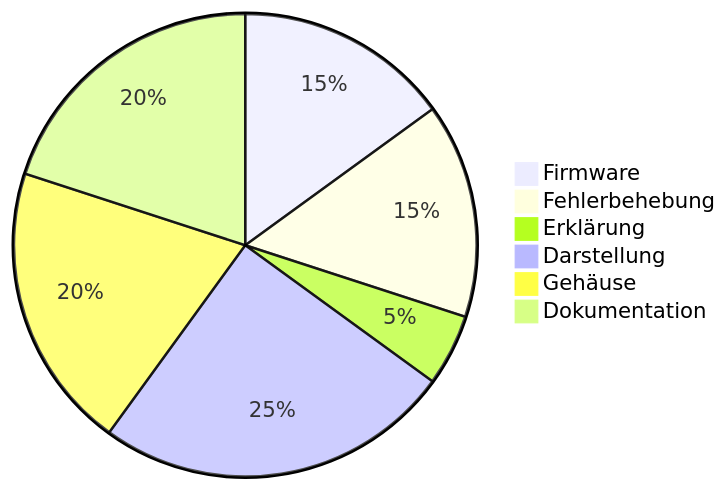
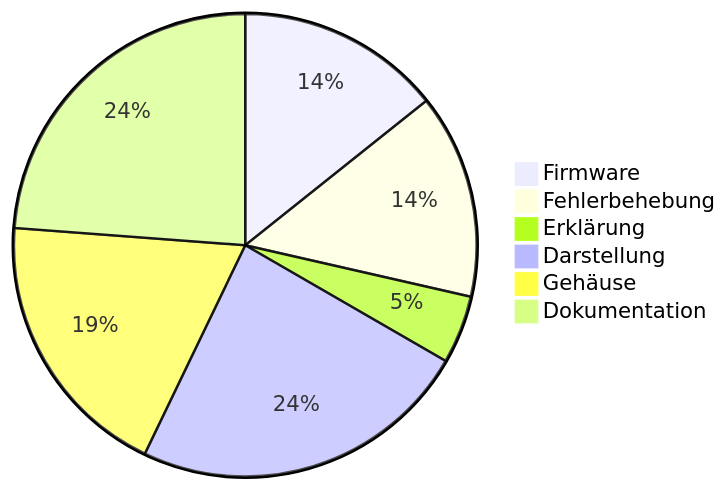
One commit to BBZ-AIFS51/LF7-Projekt_GAS changed the third of 3 diagrams in wiki/Entwicklungsverlauf.md. Above: the diagram before and after it, drawn with Mermaid. The commit also changed other lines of this file and 4 other files, not shown here.

````diff
--- a/wiki/Entwicklungsverlauf.md
+++ b/wiki/Entwicklungsverlauf.md
@@ -130,9 +134,9 @@
 ```mermaid
 pie
     "Firmware" : 3
     "Fehlerbehebung" : 3
     "Erklärung" : 1
     "Darstellung" : 5
     "Gehäuse" : 4
-    "Dokumentation" : 4
+    "Dokumentation" : 5
 ```
````
